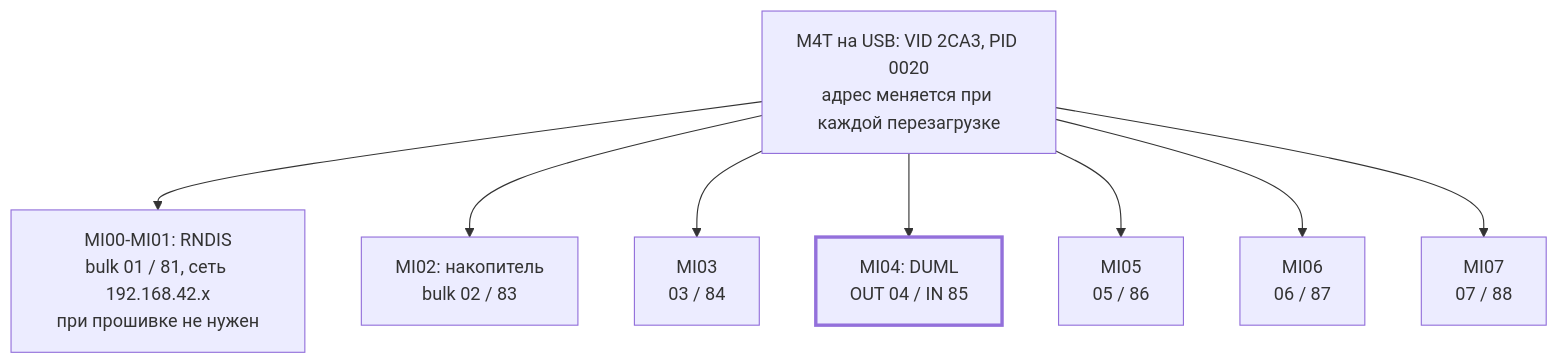
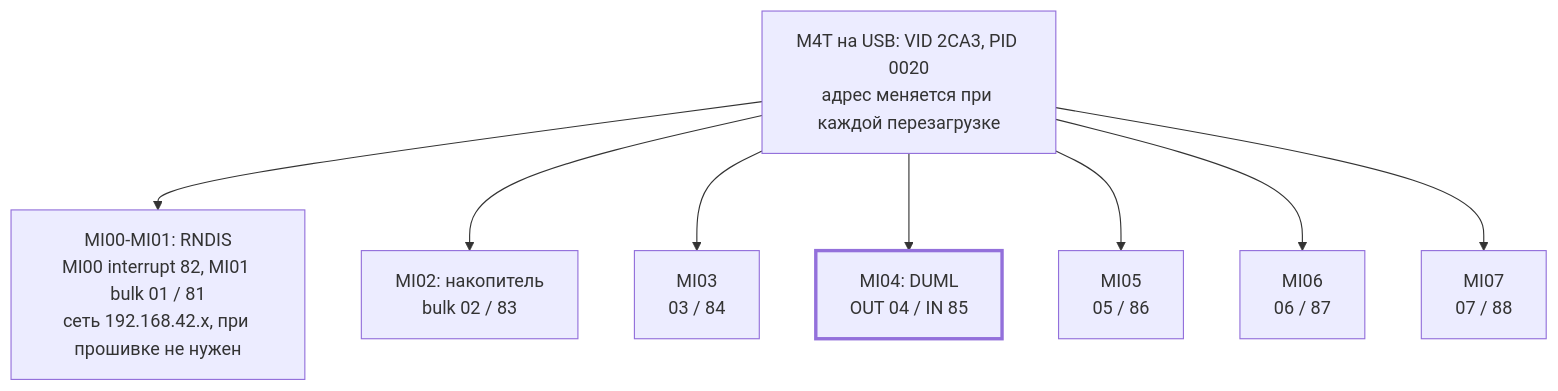
One commit to kewl-ua/m4_cli_flasher changed the first of 3 diagrams in docs/duml.md. Above: the diagram before and after it, drawn with Mermaid. The commit also changed other lines of this file and 3 other files, not shown here.

First line of the commit message:
docs: correct the diagrams after a fact check

````diff
--- a/docs/duml.md
+++ b/docs/duml.md
@@ -66,12 +66,12 @@
 ```mermaid
 flowchart TB
     DEV["M4T на USB: VID 2CA3, PID 0020<br/>адрес меняется при каждой перезагрузке"]
-    DEV --> RN["MI00-MI01: RNDIS<br/>bulk 01 / 81, сеть 192.168.42.x<br/>при прошивке не нужен"]
+    DEV --> RN["MI00-MI01: RNDIS<br/>MI00 interrupt 82, MI01 bulk 01 / 81<br/>сеть 192.168.42.x, при прошивке не нужен"]
     DEV --> MS["MI02: накопитель<br/>bulk 02 / 83"]
     DEV --> V3["MI03<br/>03 / 84"]
     DEV --> V4["MI04: DUML<br/>OUT 04 / IN 85"]
     DEV --> V5["MI05<br/>05 / 86"]
     DEV --> V6["MI06<br/>06 / 87"]
     DEV --> V7["MI07<br/>07 / 88"]
     style V4 stroke-width:3px
 ```
````
